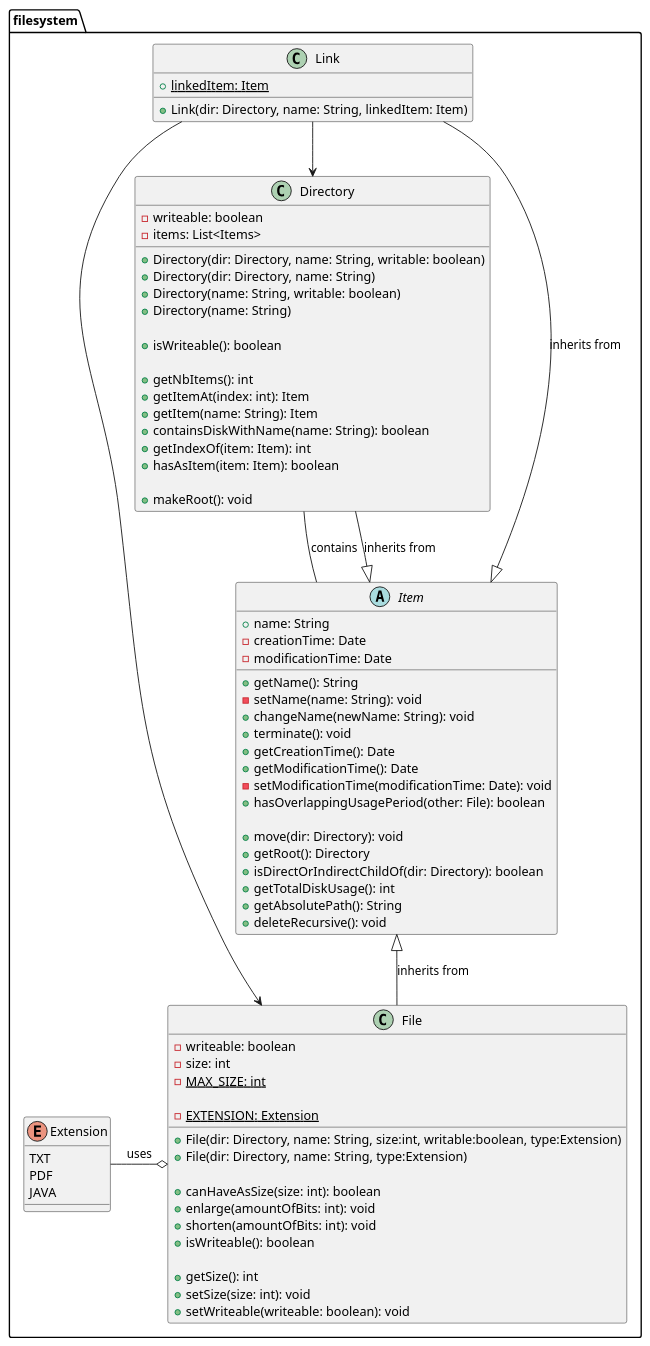
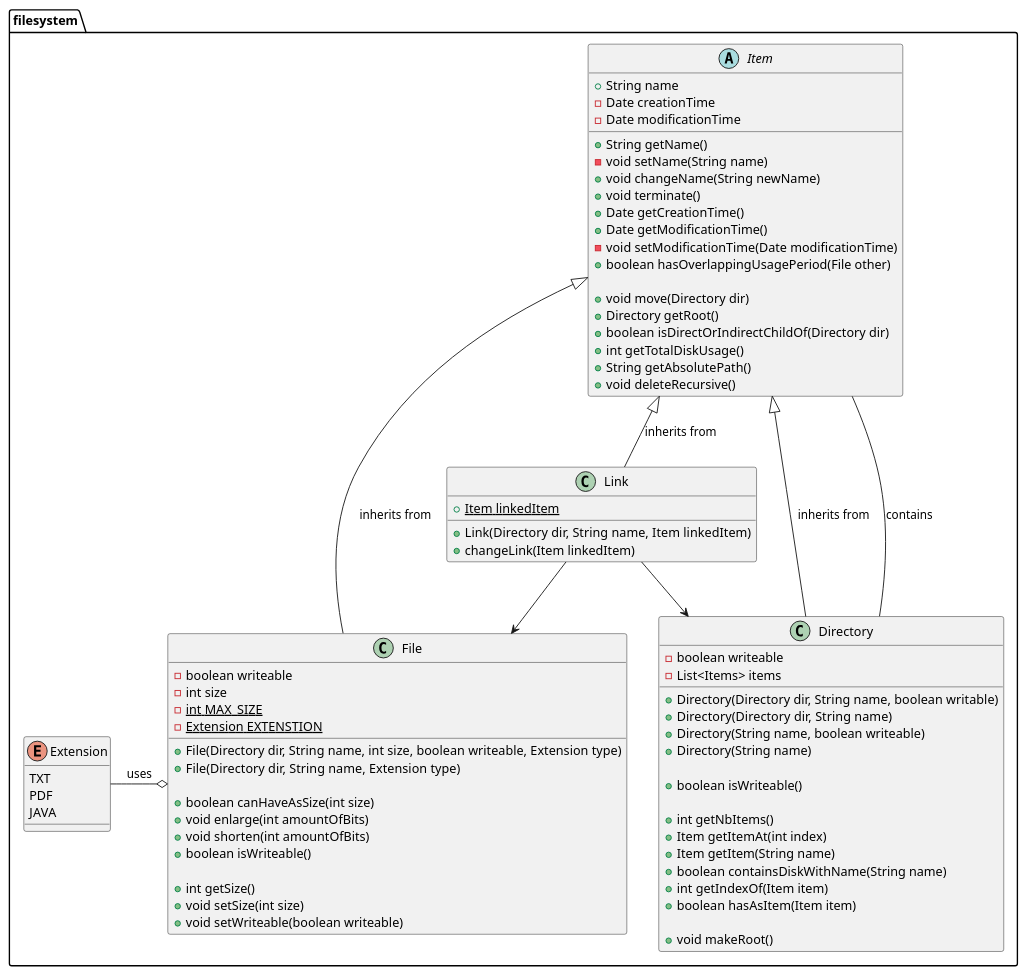
The diagram in Practicum1/Practicum2.puml (FlorDM7/OGP), drawn with PlantUML before and after one commit.

Commit message:
Small changes to practicum 2

```diff
--- a/Practicum1/Practicum2.puml
+++ b/Practicum1/Practicum2.puml
@@ -1,88 +1,93 @@
 @startuml
 
 package filesystem {
     class File {
-        - writeable: boolean
-        - size: int
-        - {static} MAX_SIZE: int
+        - boolean writeable
+        - int size
+        - {static} int MAX_SIZE
+        - {static} Extension EXTENSTION
 
-        - {static} EXTENSION: Extension
+        + File(Directory dir, String name, int size, boolean writeable, Extension type)
+        + File(Directory dir, String name, Extension type)
 
-        + File(dir: Directory, name: String, size:int, writable:boolean, type:Extension)
-        + File(dir: Directory, name: String, type:Extension)
+        + boolean canHaveAsSize(int size)
+        + void enlarge(int amountOfBits)
+        + void shorten(int amountOfBits)
+        + boolean isWriteable()
 
-        + canHaveAsSize(size: int): boolean
-        + enlarge(amountOfBits: int): void
-        + shorten(amountOfBits: int): void
-        + isWriteable(): boolean
-
-        + getSize(): int
-        + setSize(size: int): void
-        + setWriteable(writeable: boolean): void
+        + int getSize()
+        + void setSize(int size)
+        + void setWriteable(boolean writeable)
     }
 
     enum Extension {
         TXT
         PDF
         JAVA
     }
 
     class Link{
-        + {static} linkedItem: Item
+        + {static} Item linkedItem
 
-        + Link(dir: Directory, name: String, linkedItem: Item)
+        + Link(Directory dir, String name, Item linkedItem)
+        + changeLink(Item linkedItem)
     }
 
     class Directory {
-        - writeable: boolean
-        - items: List<Items>
+        - boolean writeable
+        - List<Items> items
 
-        + Directory(dir: Directory, name: String, writable: boolean)
-        + Directory(dir: Directory, name: String)
-        + Directory(name: String, writable: boolean)
-        + Directory(name: String)
+        + Directory(Directory dir, String name, boolean writable)
+        + Directory(Directory dir, String name)
+        + Directory(String name, boolean writeable)
+        + Directory(String name)
 
-        + isWriteable(): boolean
+        + boolean isWriteable()
 
-        + getNbItems(): int
-        + getItemAt(index: int): Item
-        + getItem(name: String): Item
-        + containsDiskWithName(name: String): boolean
-        + getIndexOf(item: Item): int
-        + hasAsItem(item: Item): boolean
+        + int getNbItems()
+        + Item getItemAt(int index)
+        + Item getItem(String name)
+        + boolean containsDiskWithName(String name)
+        + int getIndexOf(Item item)
+        + boolean hasAsItem(Item item)
 
-        + makeRoot(): void
+        + void makeRoot()
     }
 
     abstract Item {
-        + name: String
-        - creationTime: Date
-        - modificationTime: Date
+        + String name
+        - Date creationTime
+        - Date modificationTime
 
-        + getName(): String
-        - setName(name: String): void
-        + changeName(newName: String): void
-        + terminate(): void
-        + getCreationTime(): Date
-        + getModificationTime(): Date
-        - setModificationTime(modificationTime: Date): void
-        + hasOverlappingUsagePeriod(other: File): boolean
+        + String getName()
+        - void setName(String name)
+        + void changeName(String newName)
+        + void terminate()
+        + Date getCreationTime()
+        + Date getModificationTime()
+        - void setModificationTime(Date modificationTime)
+        + boolean hasOverlappingUsagePeriod(File other)
 
-        + move(dir: Directory): void
-        + getRoot(): Directory
-        + isDirectOrIndirectChildOf(dir: Directory): boolean
-        + getTotalDiskUsage(): int
-        + getAbsolutePath(): String
-        + deleteRecursive(): void
+        + void move(Directory dir)
+        + Directory getRoot()
+        + boolean isDirectOrIndirectChildOf(Directory dir)
+        + int getTotalDiskUsage()
+        + String getAbsolutePath()
+        + void deleteRecursive()
     }
 }
 
-Directory -- Item : contains
-Link --> Directory
-Link -->  File
-Extension -o File: uses
+'Inheritance
 Item <|-- File : inherits from
 Item <|-- Directory : inherits from
 Item <|-- Link : inherits from
 
+'Unidirectional
+Link --> Directory
+Link -->  File
+Extension -o File: uses
+
+'Bidirectional
+Item -- Directory : contains
+
 @enduml
```
